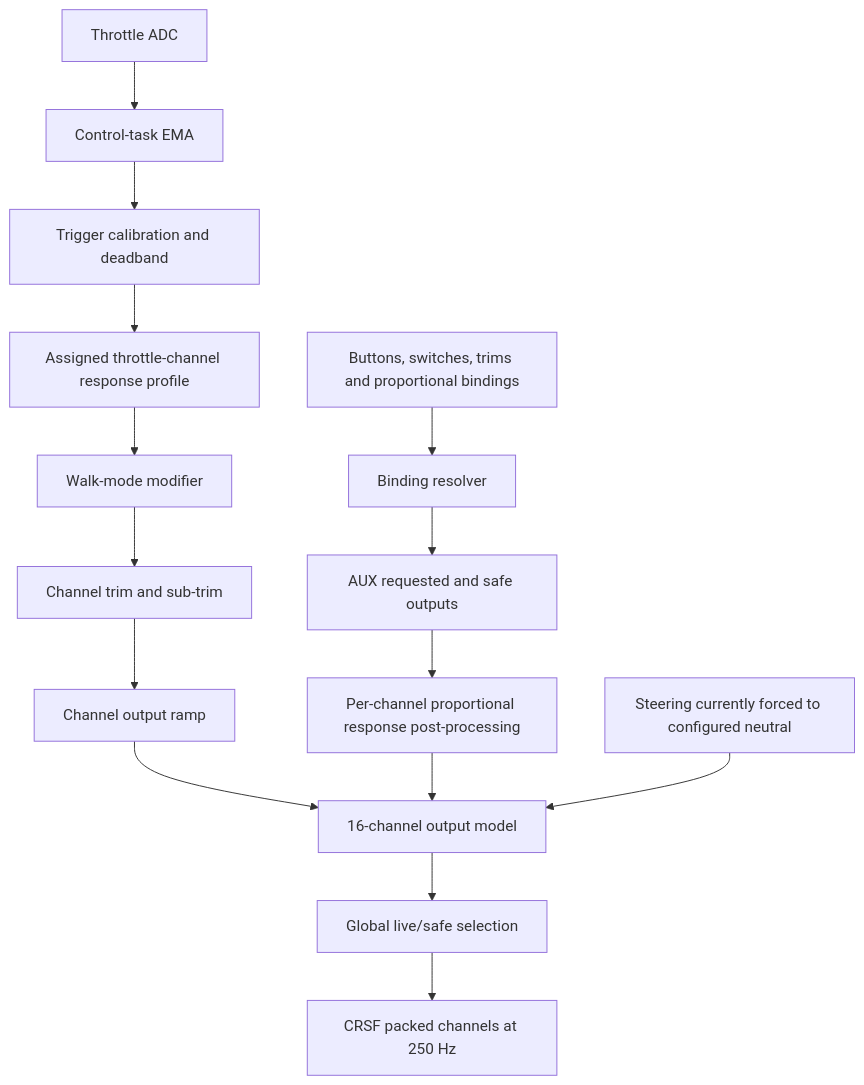
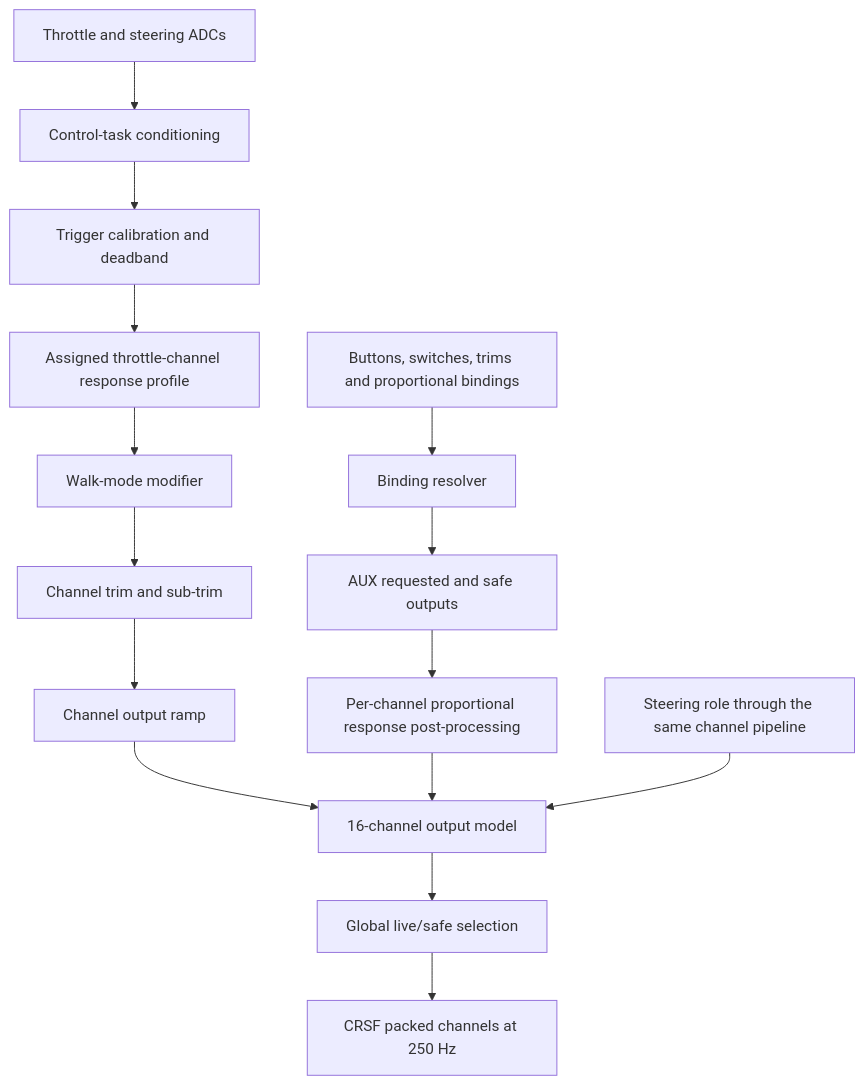
One commit to cmlpreston/jr-r1-native-crsf changed the first of 2 diagrams in docs/architecture-review.md. Above: the diagram before and after it, drawn with Mermaid. The commit also changed other lines of this file and 32 other files, not shown here.

````diff
--- a/docs/architecture-review.md
+++ b/docs/architecture-review.md
@@ -28,19 +28,19 @@
 ```mermaid
 flowchart TD
-    ADC["Throttle ADC"] --> EMA["Control-task EMA"]
+    ADC["Throttle and steering ADCs"] --> EMA["Control-task conditioning"]
     EMA --> CAL["Trigger calibration and deadband"]
     CAL --> RESP["Assigned throttle-channel response profile"]
     RESP --> WALK["Walk-mode modifier"]
     WALK --> PARAM["Channel trim and sub-trim"]
     PARAM --> RAMP["Channel output ramp"]
 
     INPUTS["Buttons, switches, trims and proportional bindings"] --> RESOLVER["Binding resolver"]
     RESOLVER --> AUX["AUX requested and safe outputs"]
     AUX --> AUXRESP["Per-channel proportional response post-processing"]
 
     RAMP --> MODEL["16-channel output model"]
     AUXRESP --> MODEL
-    STEER["Steering currently forced to configured neutral"] --> MODEL
+    STEER["Steering role through the same channel pipeline"] --> MODEL
     MODEL --> SAFETY["Global live/safe selection"]
     SAFETY --> CRSF["CRSF packed channels at 250 Hz"]
 ```
````
